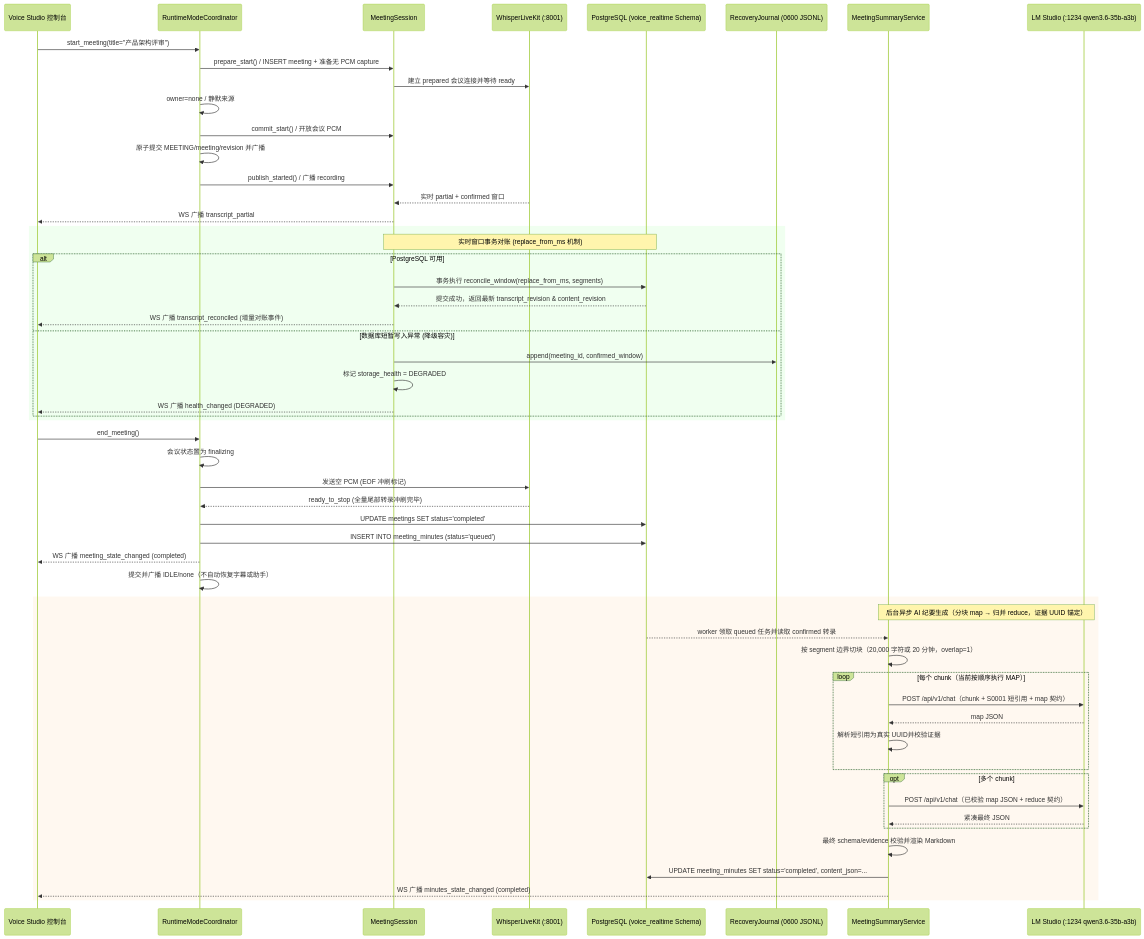
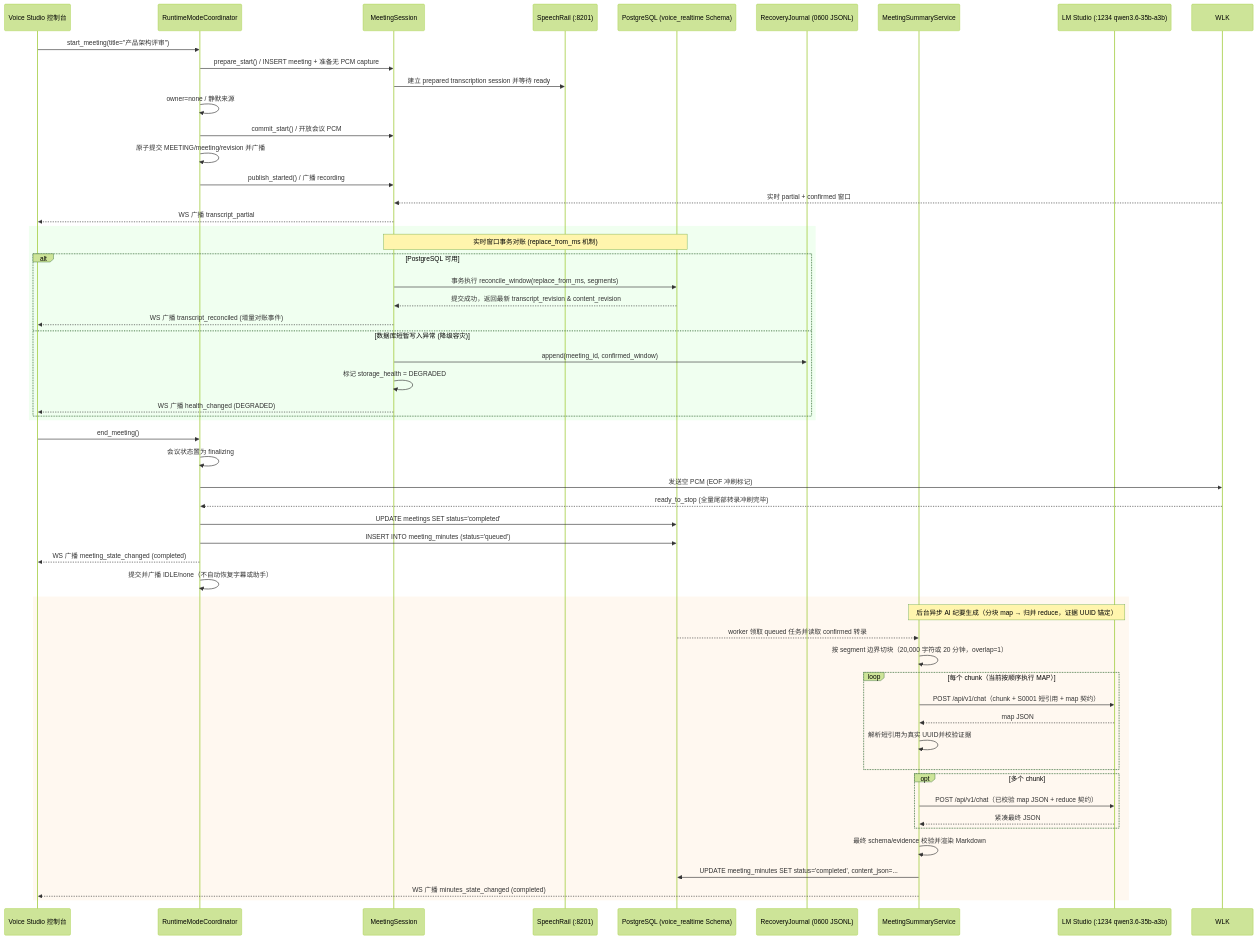
One commit to hrygo/voice-realtime changed the tenth of 13 diagrams in docs/architecture/系统总体架构与详细设计方案.md. Above: the diagram before and after it, drawn with Mermaid (forest theme). The commit also changed other lines of this file and 38 other files, not shown here.

````diff
--- a/docs/architecture/系统总体架构与详细设计方案.md
+++ b/docs/architecture/系统总体架构与详细设计方案.md
@@ -559,61 +558,61 @@
 ```mermaid
 sequenceDiagram
     participant UI as Voice Studio 控制台
     participant RT as RuntimeModeCoordinator
     participant MS as MeetingSession
-    participant WLK as WhisperLiveKit (:8001)
+    participant SR as SpeechRail (:8201)
     participant PG as PostgreSQL (voice_realtime Schema)
     participant RJ as RecoveryJournal (0600 JSONL)
     participant SW as MeetingSummaryService
     participant LM as LM Studio (:1234 qwen3.6-35b-a3b)
 
     UI->>RT: start_meeting(title="产品架构评审")
     RT->>MS: prepare_start() / INSERT meeting + 准备无 PCM capture
-    MS->>WLK: 建立 prepared 会议连接并等待 ready
+    MS->>SR: 建立 prepared transcription session 并等待 ready
     RT->>RT: owner=none / 静默来源
     RT->>MS: commit_start() / 开放会议 PCM
     RT->>RT: 原子提交 MEETING/meeting/revision 并广播
     RT->>MS: publish_started() / 广播 recording
     WLK-->>MS: 实时 partial + confirmed 窗口
     MS-->>UI: WS 广播 transcript_partial
 
     rect rgb(240, 255, 240)
     Note over MS,PG: 实时窗口事务对账 (replace_from_ms 机制)
     alt PostgreSQL 可用
         MS->>PG: 事务执行 reconcile_window(replace_from_ms, segments)
         PG-->>MS: 提交成功，返回最新 transcript_revision & content_revision
         MS-->>UI: WS 广播 transcript_reconciled (增量对账事件)
     else 数据库短暂写入异常 (降级容灾)
         MS->>RJ: append(meeting_id, confirmed_window)
         MS->>MS: 标记 storage_health = DEGRADED
         MS-->>UI: WS 广播 health_changed (DEGRADED)
     end
     end
 
     UI->>RT: end_meeting()
     RT->>RT: 会议状态置为 finalizing
     RT->>WLK: 发送空 PCM (EOF 冲刷标记)
     WLK-->>RT: ready_to_stop (全量尾部转录冲刷完毕)
     RT->>PG: UPDATE meetings SET status='completed'
     RT->>PG: INSERT INTO meeting_minutes (status='queued')
     RT-->>UI: WS 广播 meeting_state_changed (completed)
     RT->>RT: 提交并广播 IDLE/none（不自动恢复字幕或助手）
 
     rect rgb(255, 248, 240)
     Note over SW,LM: 后台异步 AI 纪要生成（分块 map → 归并 reduce，证据 UUID 锚定）
     PG-->>SW: worker 领取 queued 任务并读取 confirmed 转录
     SW->>SW: 按 segment 边界切块（20,000 字符或 20 分钟，overlap=1）
     loop 每个 chunk（当前按顺序执行 MAP）
         SW->>LM: POST /api/v1/chat（chunk + S0001 短引用 + map 契约）
         LM-->>SW: map JSON
         SW->>SW: 解析短引用为真实 UUID并校验证据
     end
     opt 多个 chunk
         SW->>LM: POST /api/v1/chat（已校验 map JSON + reduce 契约）
         LM-->>SW: 紧凑最终 JSON
     end
     SW->>SW: 最终 schema/evidence 校验并渲染 Markdown
     SW->>PG: UPDATE meeting_minutes SET status='completed', content_json=...
     SW-->>UI: WS 广播 minutes_state_changed (completed)
     end
 ```
````
